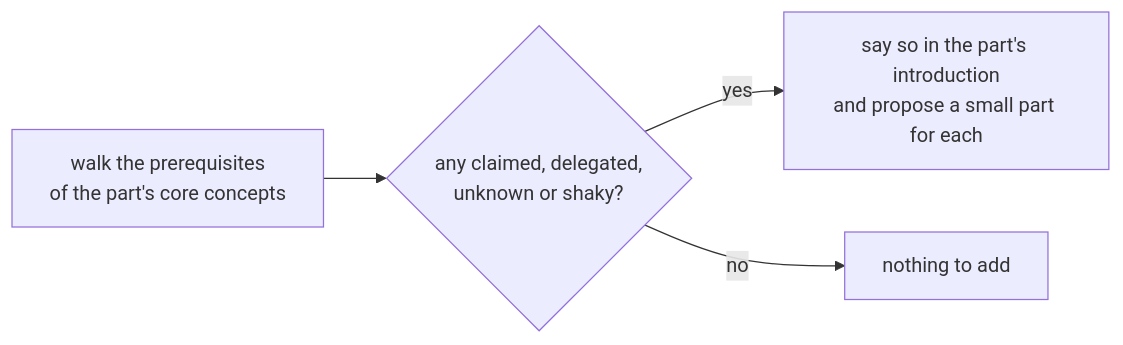
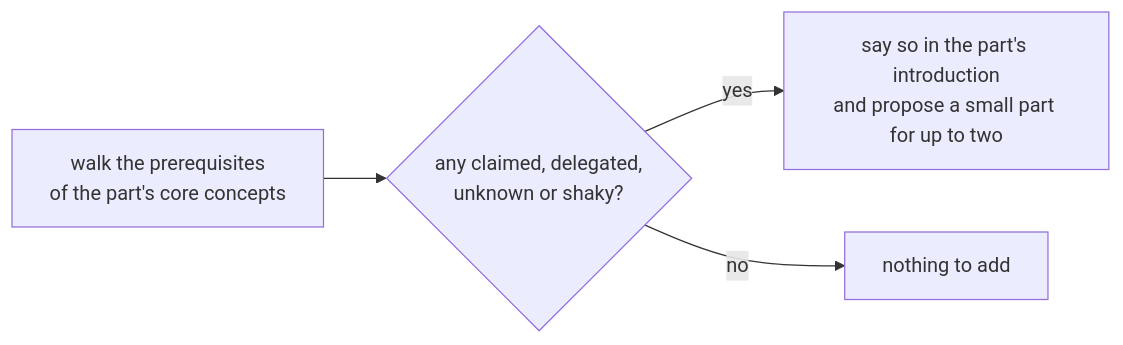
Before and after one commit to lprsrts/pathfinder: the seventh of 13 diagrams in docs/theory.md, drawn with Mermaid. The commit also changed other lines of this file, not shown here.

Commit message:
Make theory Part II describe what the code does today

````diff
--- a/docs/theory.md
+++ b/docs/theory.md
@@ -405,6 +417,6 @@
 ```mermaid
 flowchart LR
     G1[walk the prerequisites<br/>of the part's core concepts] --> G2{any claimed, delegated,<br/>unknown or shaky?}
-    G2 -->|yes| G3[say so in the part's introduction<br/>and propose a small part for each]
+    G2 -->|yes| G3[say so in the part's introduction<br/>and propose a small part for up to two]
     G2 -->|no| G4[nothing to add]
 ```
````
